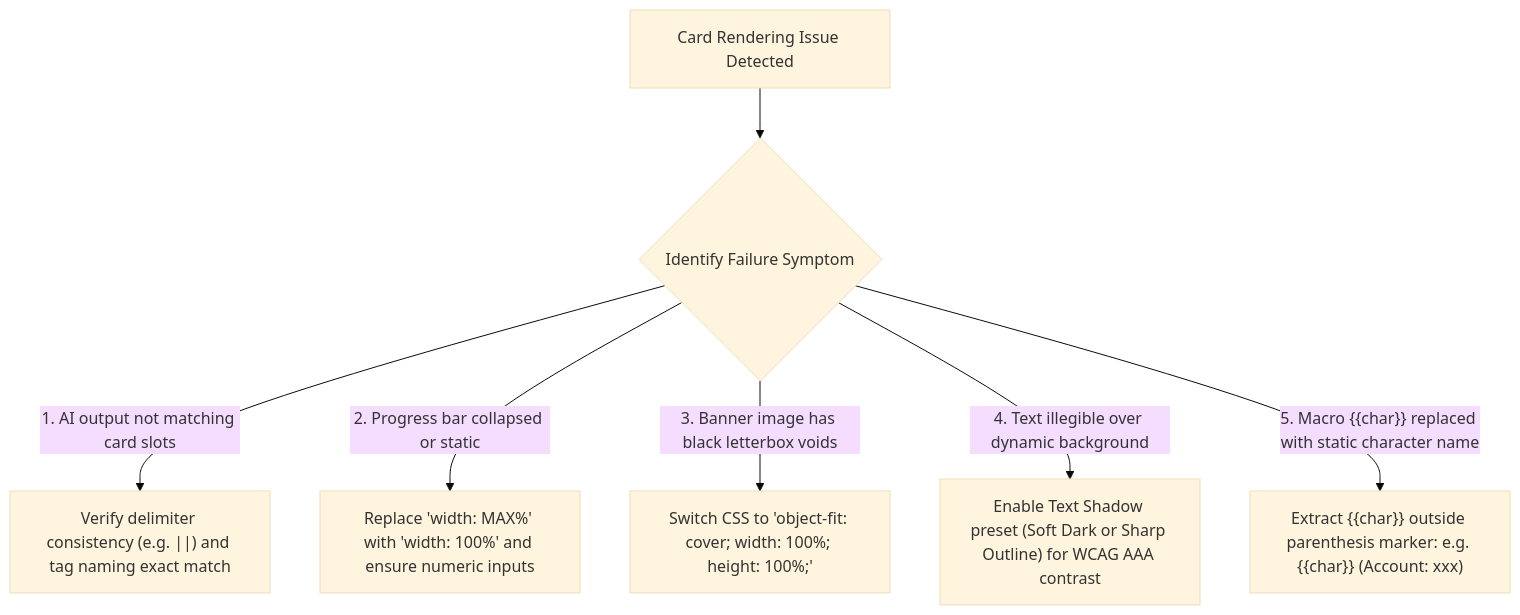
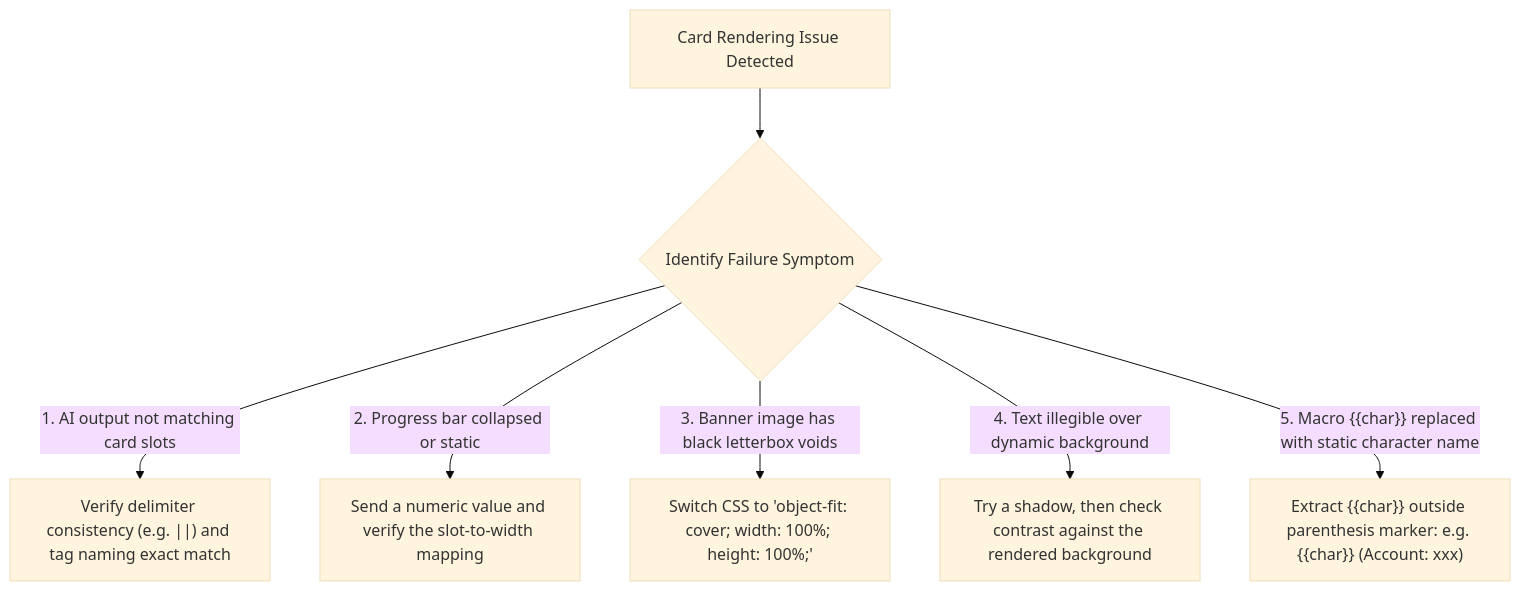
Before and after one commit to jadesolju/Snippet-Studio: the seventh of 7 diagrams in RUBII_CODE_STUDY_AND_ARCHITECTURE_RESEARCH.md, drawn with Mermaid (base theme). The commit also changed other lines of this file and 8 other files, not shown here.

````diff
--- a/RUBII_CODE_STUDY_AND_ARCHITECTURE_RESEARCH.md
+++ b/RUBII_CODE_STUDY_AND_ARCHITECTURE_RESEARCH.md
@@ -340,10 +340,10 @@
 ```mermaid
 flowchart TD
     Start["Card Rendering Issue Detected"] --> Q1{"Identify Failure Symptom"}
 
     Q1 -->|"1. AI output not matching card slots"| D1["Verify delimiter consistency (e.g. ||) and tag naming exact match"]
-    Q1 -->|"2. Progress bar collapsed or static"| D2["Replace 'width: MAX%' with 'width: 100%' and ensure numeric inputs"]
+    Q1 -->|"2. Progress bar collapsed or static"| D2["Send a numeric value and verify the slot-to-width mapping"]
     Q1 -->|"3. Banner image has black letterbox voids"| D3["Switch CSS to 'object-fit: cover; width: 100%; height: 100%;'"]
-    Q1 -->|"4. Text illegible over dynamic background"| D4["Enable Text Shadow preset (Soft Dark or Sharp Outline) for WCAG AAA contrast"]
+    Q1 -->|"4. Text illegible over dynamic background"| D4["Try a shadow, then check contrast against the rendered background"]
     Q1 -->|"5. Macro {{char}} replaced with static character name"| D5["Extract {{char}} outside parenthesis marker: e.g. {{char}} (Account: xxx)"]
 ```
````
